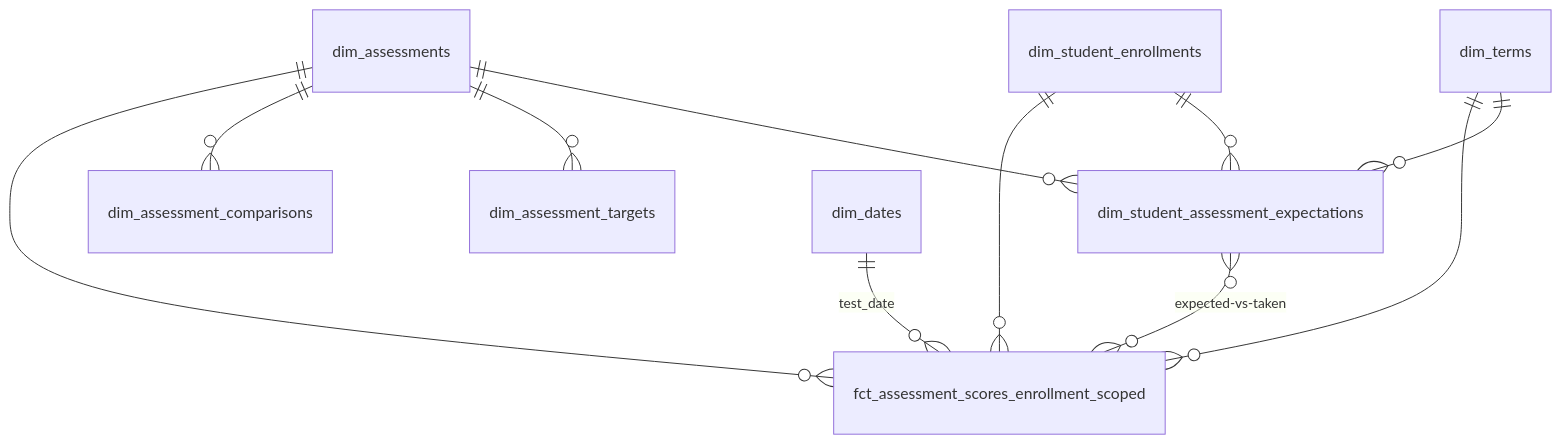
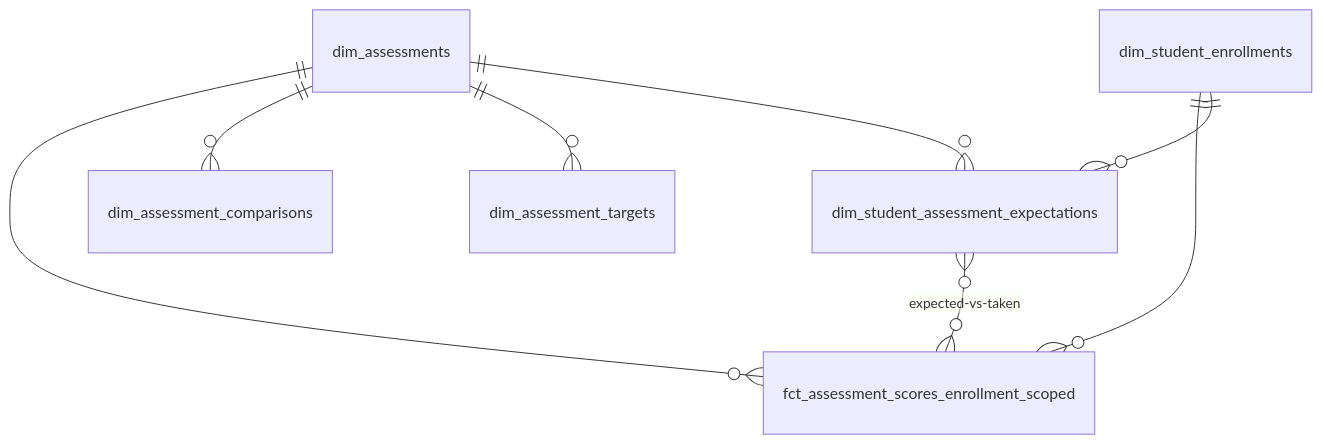
Before and after one commit to TEAMSchools/teamster: the third of 10 diagrams in docs/superpowers/specs/2026-03-27-star-schema-data-mart-design.md, drawn with Mermaid. The commit also changed other lines of this file, not shown here.

First line of the commit message:
docs: omit conformed dims from star-schema ERDs

````diff
--- a/docs/superpowers/specs/2026-03-27-star-schema-data-mart-design.md
+++ b/docs/superpowers/specs/2026-03-27-star-schema-data-mart-design.md
@@ -596,13 +589,10 @@
 ```mermaid
 erDiagram
     dim_student_enrollments ||--o{ fct_assessment_scores_enrollment_scoped : ""
     dim_assessments ||--o{ fct_assessment_scores_enrollment_scoped : ""
     dim_assessments ||--o{ dim_assessment_comparisons : ""
     dim_assessments ||--o{ dim_assessment_targets : ""
     dim_student_enrollments ||--o{ dim_student_assessment_expectations : ""
     dim_assessments ||--o{ dim_student_assessment_expectations : ""
     dim_student_assessment_expectations }o--o{ fct_assessment_scores_enrollment_scoped : "expected-vs-taken"
-    dim_terms ||--o{ fct_assessment_scores_enrollment_scoped : ""
-    dim_terms ||--o{ dim_student_assessment_expectations : ""
-    dim_dates ||--o{ fct_assessment_scores_enrollment_scoped : "test_date"
 ```
````
